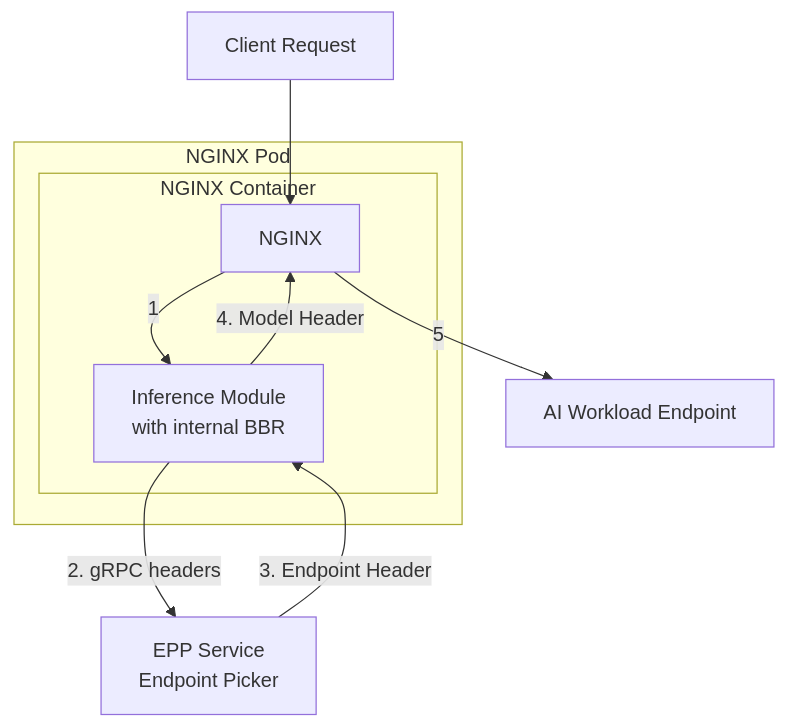
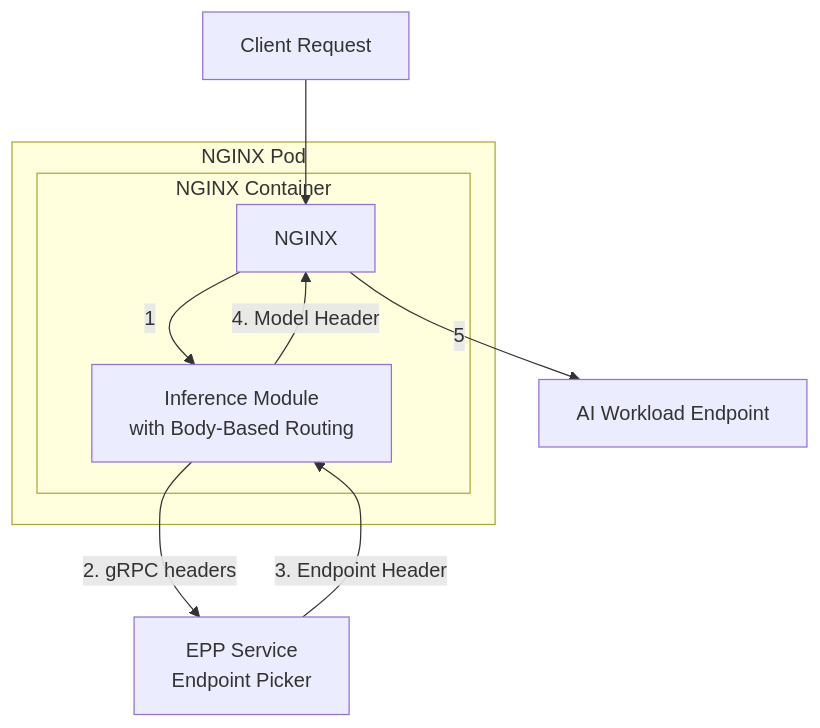
Before and after one commit to CVanF5/ngx-inference: the diagram in README.md, drawn with Mermaid. The commit also changed other lines of this file and 34 other files, not shown here.

````diff
--- a/README.md
+++ b/README.md
@@ -98,13 +98,13 @@
 ```mermaid
 flowchart TD
   A[Client Request] --> B[NGINX]
   subgraph NGINX Pod
     subgraph NGINX Container
-      B --1--> C[Inference Module<br/> with internal BBR]
+      B --1--> C[Inference Module<br/> with Body-Based Routing]
     end
   end
   C -- 2. gRPC headers --> D[EPP Service<br/>Endpoint Picker]
   D -- 3. Endpoint Header --> C
   C -- 4. Model Header --> B
   B --5--> E[AI Workload Endpoint]
 ```
````
